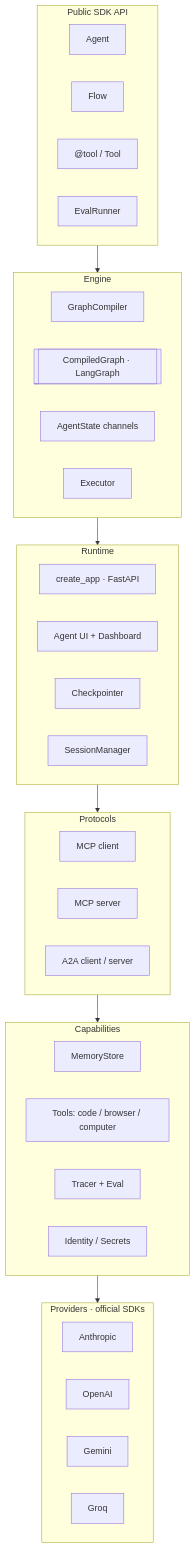
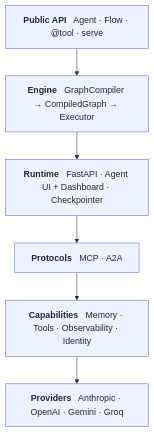
The first of 4 diagrams in README.md (ShaikNagurShareef/agentkit), drawn with Mermaid before and after one commit. The commit also changed other lines of this file and 2 other files, not shown here.

Commit message:
docs: compact professional layered architecture diagram; remove doc references

````diff
--- a/README.md
+++ b/README.md
@@ -232,45 +232,12 @@
 ```mermaid
 flowchart TB
-  subgraph SDK["Public SDK API"]
-    direction LR
-    A[Agent]
-    F[Flow]
-    TT["@tool / Tool"]
-    EVR[EvalRunner]
-  end
-  subgraph ENG["Engine"]
-    direction LR
-    GC[GraphCompiler]
-    CGI[[CompiledGraph · LangGraph]]
-    AST[AgentState channels]
-    EXE[Executor]
-  end
-  subgraph RT["Runtime"]
-    direction LR
-    CA[create_app · FastAPI]
-    UIS[Agent UI + Dashboard]
-    CKP[Checkpointer]
-    SES[SessionManager]
-  end
-  subgraph PRO["Protocols"]
-    direction LR
-    MCPC[MCP client]
-    MCPS[MCP server]
-    A2A[A2A client / server]
-  end
-  subgraph CAP["Capabilities"]
-    direction LR
-    MEM[MemoryStore]
-    TLS[Tools: code / browser / computer]
-    OBS[Tracer + Eval]
-    IDN[Identity / Secrets]
-  end
-  subgraph MOD["Providers · official SDKs"]
-    direction LR
-    ANT[Anthropic]
-    OAI[OpenAI]
-    GEM[Gemini]
-    GRQ[Groq]
-  end
+  SDK["<b>Public API</b> &nbsp; Agent · Flow · @tool · serve"]
+  ENG["<b>Engine</b> &nbsp; GraphCompiler → CompiledGraph → Executor"]
+  RT["<b>Runtime</b> &nbsp; FastAPI · Agent UI + Dashboard · Checkpointer"]
+  PRO["<b>Protocols</b> &nbsp; MCP · A2A"]
+  CAP["<b>Capabilities</b> &nbsp; Memory · Tools · Observability · Identity"]
+  MOD["<b>Providers</b> &nbsp; Anthropic · OpenAI · Gemini · Groq"]
   SDK --> ENG --> RT --> PRO --> CAP --> MOD
+  classDef layer fill:#eef2ff,stroke:#6366f1,color:#1e293b;
+  class SDK,ENG,RT,PRO,CAP,MOD layer;
 ```
````
